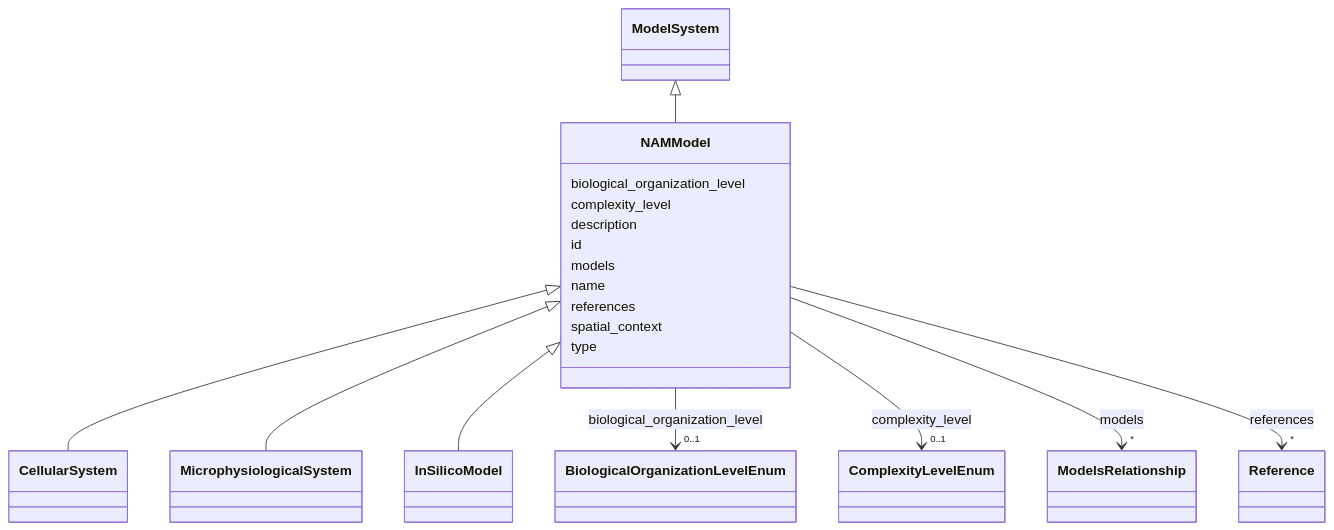
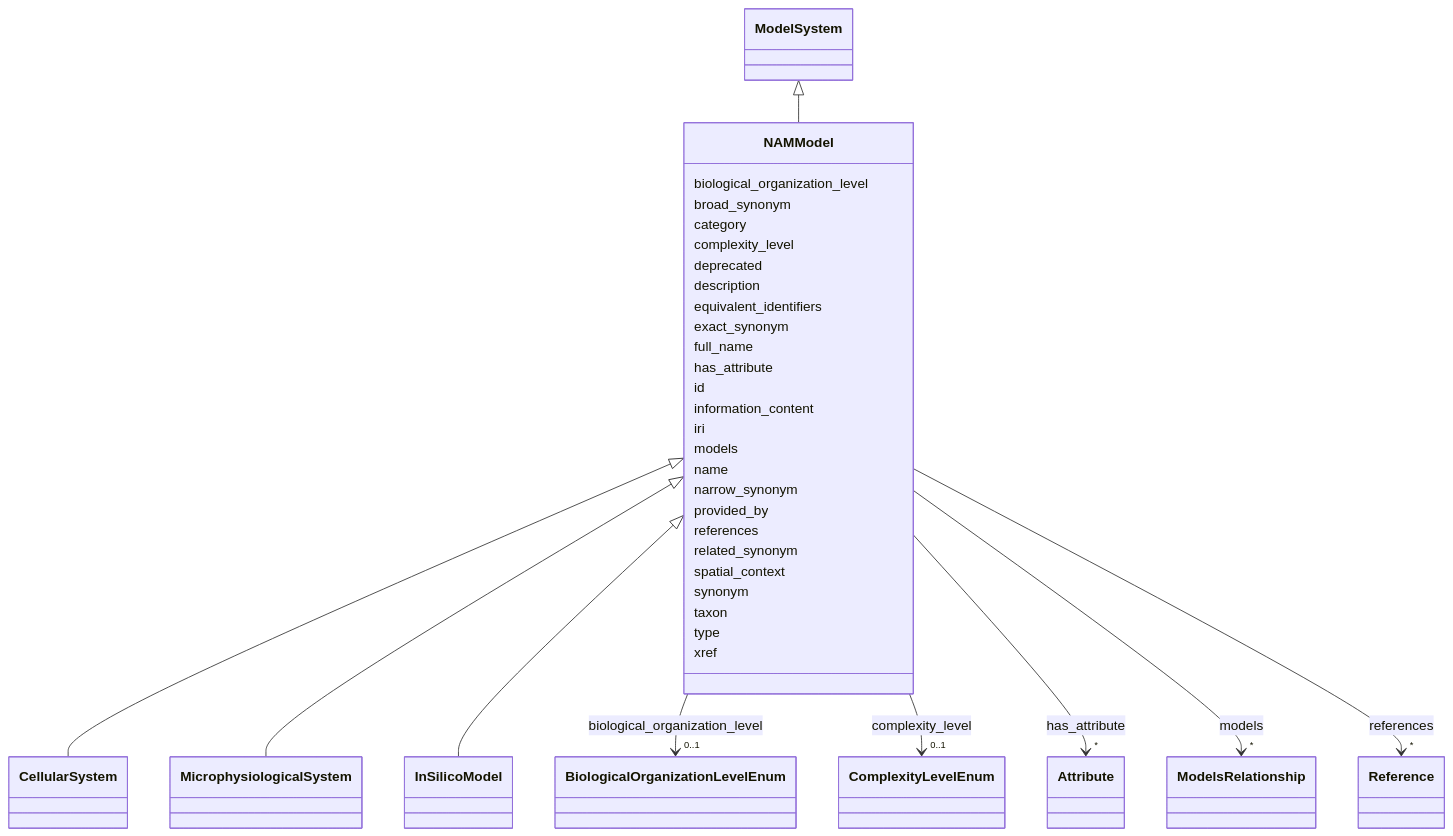
One commit to monarch-initiative/namo changed the diagram in docs/elements/NAMModel.md. Above: the diagram before and after it, drawn with Mermaid. The commit also changed other lines of this file and 1232 other files, not shown here.

````diff
--- a/docs/elements/NAMModel.md
+++ b/docs/elements/NAMModel.md
@@ -44,6 +49,10 @@
     
 
         
+      NAMModel : broad_synonym
+        
+      NAMModel : category
+        
       NAMModel : complexity_level
         
           
@@ -55,9 +64,32 @@
     
 
         
+      NAMModel : deprecated
+        
       NAMModel : description
         
+      NAMModel : equivalent_identifiers
+        
+      NAMModel : exact_synonym
+        
+      NAMModel : full_name
+        
+      NAMModel : has_attribute
+        
+          
+    
+        
+        
+        NAMModel --> "*" Attribute : has_attribute
+        click Attribute href "../Attribute/"
+    
+
+        
       NAMModel : id
+        
+      NAMModel : information_content
+        
+      NAMModel : iri
         
       NAMModel : models
         
@@ -72,6 +104,10 @@
         
       NAMModel : name
         
+      NAMModel : narrow_synonym
+        
+      NAMModel : provided_by
+        
       NAMModel : references
         
           
@@ -83,9 +119,17 @@
     
 
         
+      NAMModel : related_synonym
+        
       NAMModel : spatial_context
+        
+      NAMModel : synonym
+        
+      NAMModel : taxon
         
       NAMModel : type
         
+      NAMModel : xref
+        
       
 ```
````
